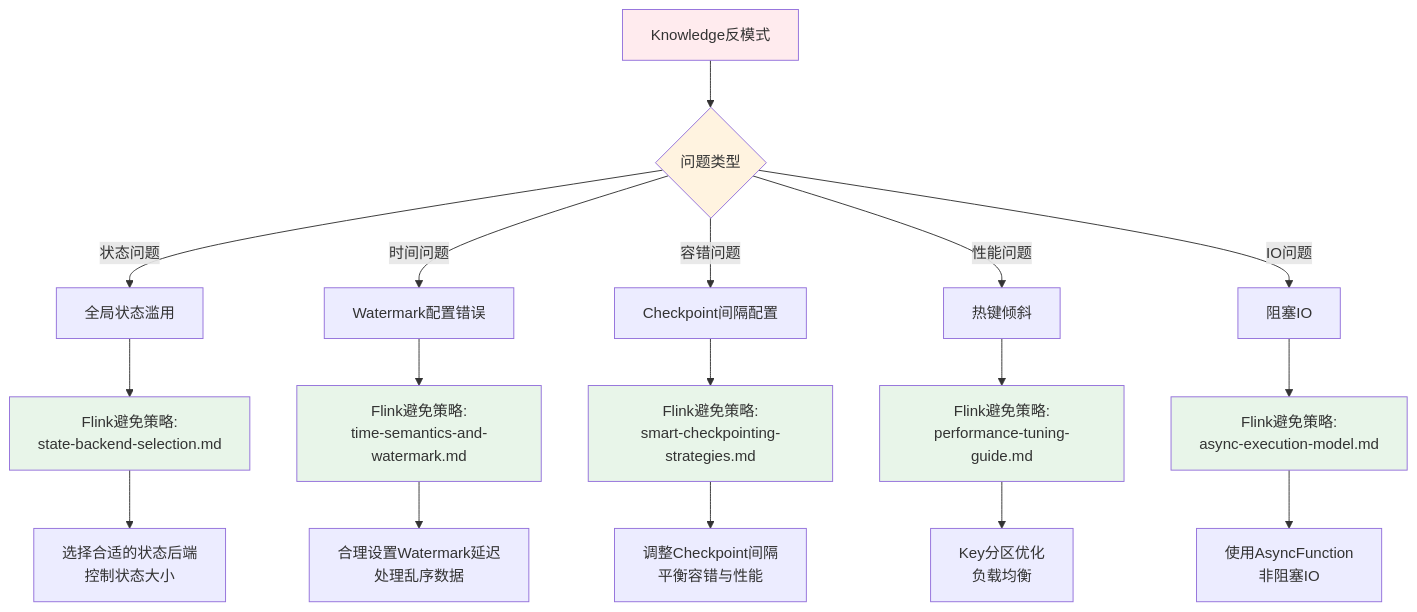
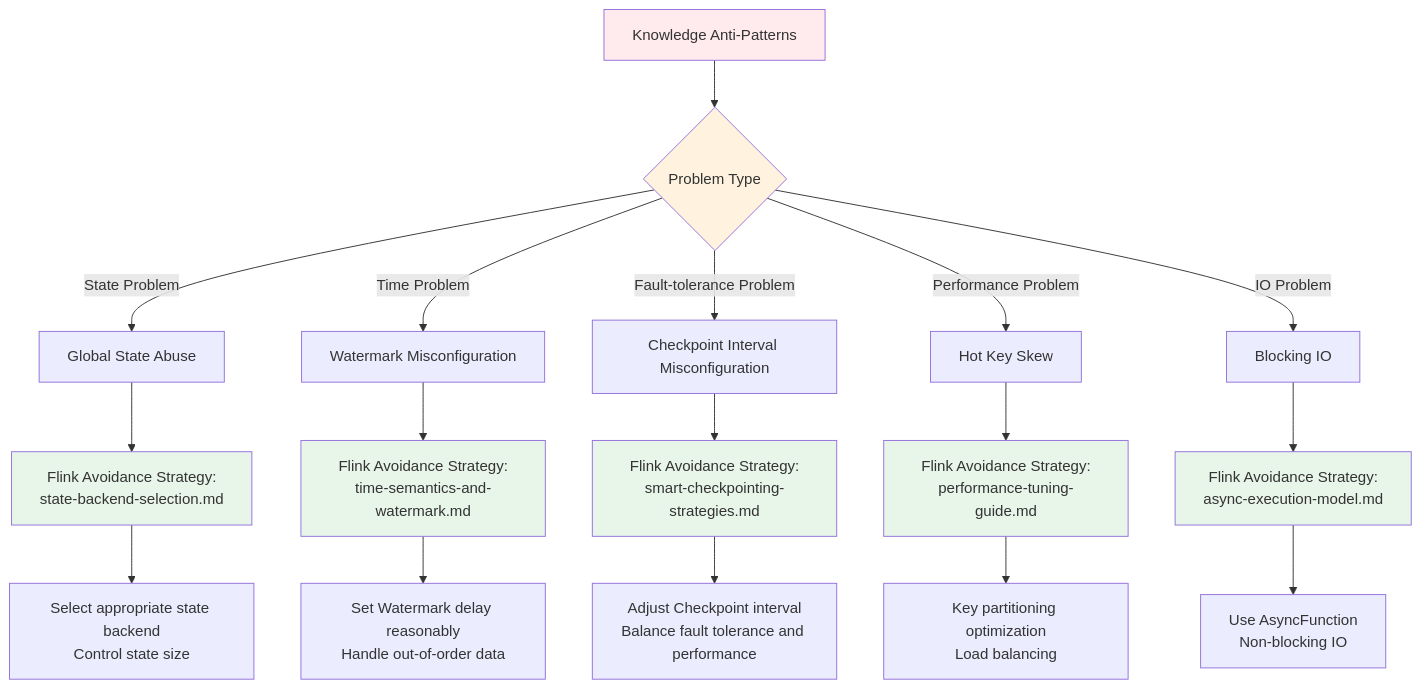
Before and after one commit to AdaMartin18010/AnalysisDataFlow: the third of 3 diagrams in i18n/en/Knowledge/Knowledge-to-Flink-Mapping.md, drawn with Mermaid. The commit also changed other lines of this file and 96 other files, not shown here.

````diff
--- a/i18n/en/Knowledge/Knowledge-to-Flink-Mapping.md
+++ b/i18n/en/Knowledge/Knowledge-to-Flink-Mapping.md
@@ -211,30 +457,30 @@
 ```mermaid
 flowchart TD
-    A[Knowledge反模式] --> B{问题类型}
+    A[Knowledge Anti-Patterns] --> B{Problem Type}
 
-    B -->|状态问题| C[全局状态滥用]
-    B -->|时间问题| D[Watermark配置错误]
-    B -->|容错问题| E[Checkpoint间隔配置]
-    B -->|性能问题| F[热键倾斜]
-    B -->|IO问题| G[阻塞IO]
+    B -->|State Problem| C[Global State Abuse]
+    B -->|Time Problem| D[Watermark Misconfiguration]
+    B -->|Fault-tolerance Problem| E[Checkpoint Interval Misconfiguration]
+    B -->|Performance Problem| F[Hot Key Skew]
+    B -->|IO Problem| G[Blocking IO]
 
-    C --> C1[Flink避免策略:<br/>state-backend-selection.md]
-    D --> D1[Flink避免策略:<br/>time-semantics-and-watermark.md]
-    E --> E1[Flink避免策略:<br/>smart-checkpointing-strategies.md]
-    F --> F1[Flink避免策略:<br/>performance-tuning-guide.md]
-    G --> G1[Flink避免策略:<br/>async-execution-model.md]
+    C --> C1[Flink Avoidance Strategy:<br/>state-backend-selection.md]
+    D --> D1[Flink Avoidance Strategy:<br/>time-semantics-and-watermark.md]
+    E --> E1[Flink Avoidance Strategy:<br/>smart-checkpointing-strategies.md]
+    F --> F1[Flink Avoidance Strategy:<br/>performance-tuning-guide.md]
+    G --> G1[Flink Avoidance Strategy:<br/>async-execution-model.md]
 
-    C1 --> R1[选择合适的状态后端<br/>控制状态大小]
-    D1 --> R2[合理设置Watermark延迟<br/>处理乱序数据]
-    E1 --> R3[调整Checkpoint间隔<br/>平衡容错与性能]
-    F1 --> R4[Key分区优化<br/>负载均衡]
-    G1 --> R5[使用AsyncFunction<br/>非阻塞IO]
+    C1 --> R1[Select appropriate state backend<br/>Control state size]
+    D1 --> R2[Set Watermark delay reasonably<br/>Handle out-of-order data]
+    E1 --> R3[Adjust Checkpoint interval<br/>Balance fault tolerance and performance]
+    F1 --> R4[Key partitioning optimization<br/>Load balancing]
+    G1 --> R5[Use AsyncFunction<br/>Non-blocking IO]
 
     style A fill:#ffebee
     style B fill:#fff3e0
     style C1 fill:#e8f5e9
     style D1 fill:#e8f5e9
     style E1 fill:#e8f5e9
     style F1 fill:#e8f5e9
     style G1 fill:#e8f5e9
 ```
````
